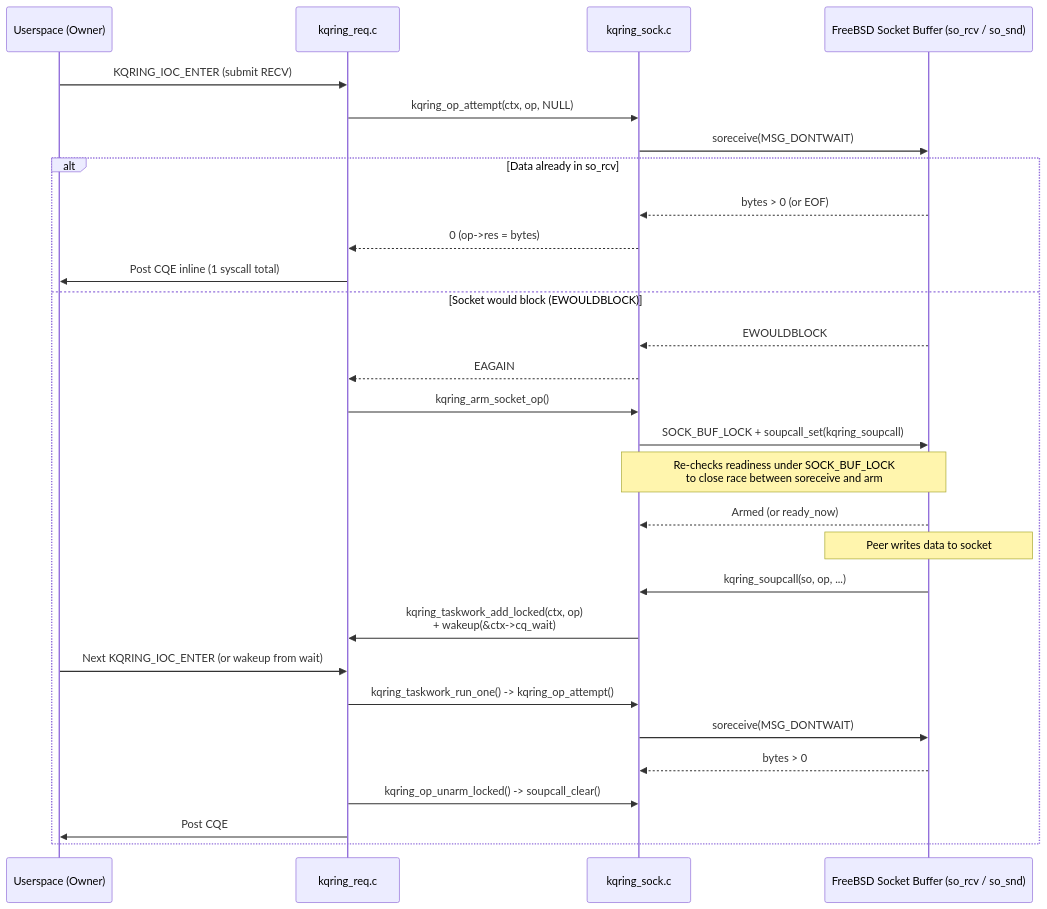
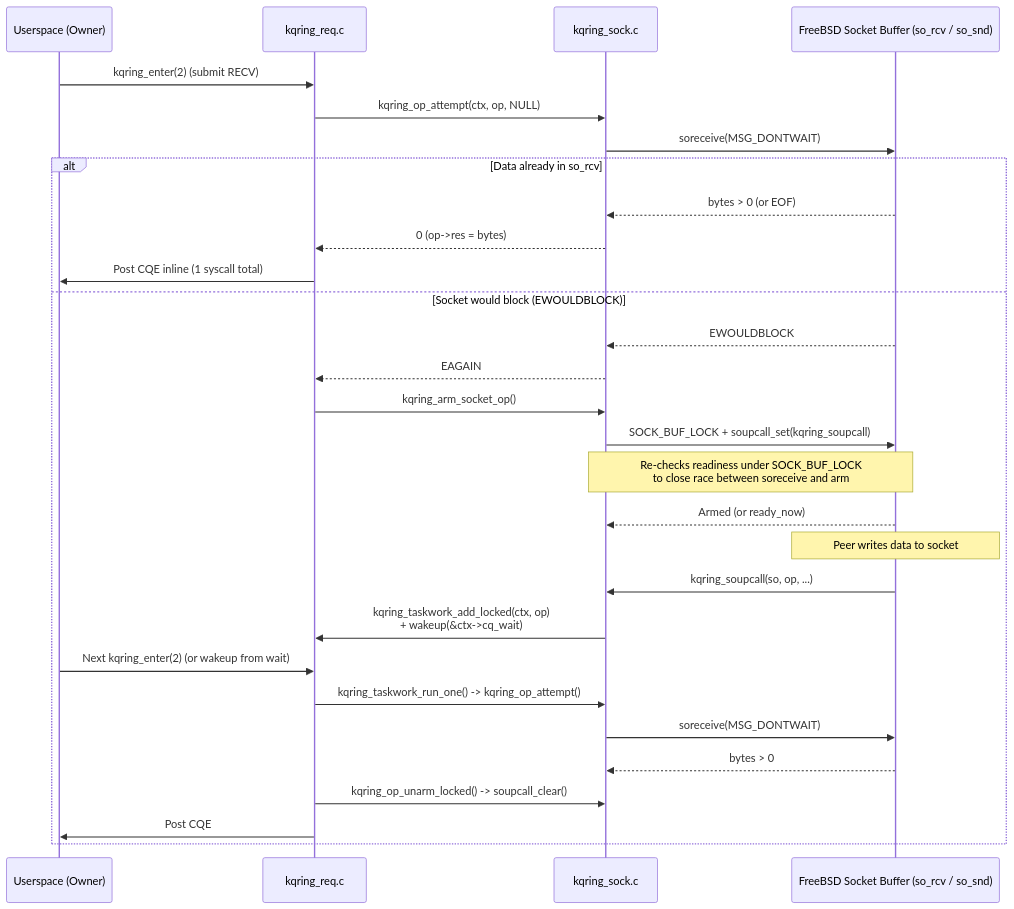
Before and after one commit to grepjava/kqring: the fifth of 8 diagrams in ARCHITECTURE.MD, drawn with Mermaid. The commit also changed other lines of this file and 15 other files, not shown here.

First line of the commit message:
Add native kqring syscalls and trim the enter path

````diff
--- a/ARCHITECTURE.MD
+++ b/ARCHITECTURE.MD
@@ -186,32 +186,32 @@
 ```mermaid
 sequenceDiagram
     participant App as Userspace (Owner)
     participant Req as kqring_req.c
     participant Sock as kqring_sock.c
     participant SB as FreeBSD Socket Buffer (so_rcv / so_snd)
 
-    App->>Req: KQRING_IOC_ENTER (submit RECV)
+    App->>Req: kqring_enter(2) (submit RECV)
     Req->>Sock: kqring_op_attempt(ctx, op, NULL)
     Sock->>SB: soreceive(MSG_DONTWAIT)
     alt Data already in so_rcv
         SB-->>Sock: bytes > 0 (or EOF)
         Sock-->>Req: 0 (op->res = bytes)
         Req->>App: Post CQE inline (1 syscall total)
     else Socket would block (EWOULDBLOCK)
         SB-->>Sock: EWOULDBLOCK
         Sock-->>Req: EAGAIN
         Req->>Sock: kqring_arm_socket_op()
         Sock->>SB: SOCK_BUF_LOCK + soupcall_set(kqring_soupcall)
         Note over Sock,SB: Re-checks readiness under SOCK_BUF_LOCK<br/>to close race between soreceive and arm
         SB-->>Sock: Armed (or ready_now)
         Note over SB: Peer writes data to socket
         SB->>Sock: kqring_soupcall(so, op, ...)
         Sock->>Req: kqring_taskwork_add_locked(ctx, op)<br/>+ wakeup(&ctx->cq_wait)
-        App->>Req: Next KQRING_IOC_ENTER (or wakeup from wait)
+        App->>Req: Next kqring_enter(2) (or wakeup from wait)
         Req->>Sock: kqring_taskwork_run_one() -> kqring_op_attempt()
         Sock->>SB: soreceive(MSG_DONTWAIT)
         SB-->>Sock: bytes > 0
         Req->>Sock: kqring_op_unarm_locked() -> soupcall_clear()
         Req->>App: Post CQE
     end
 ```
````
